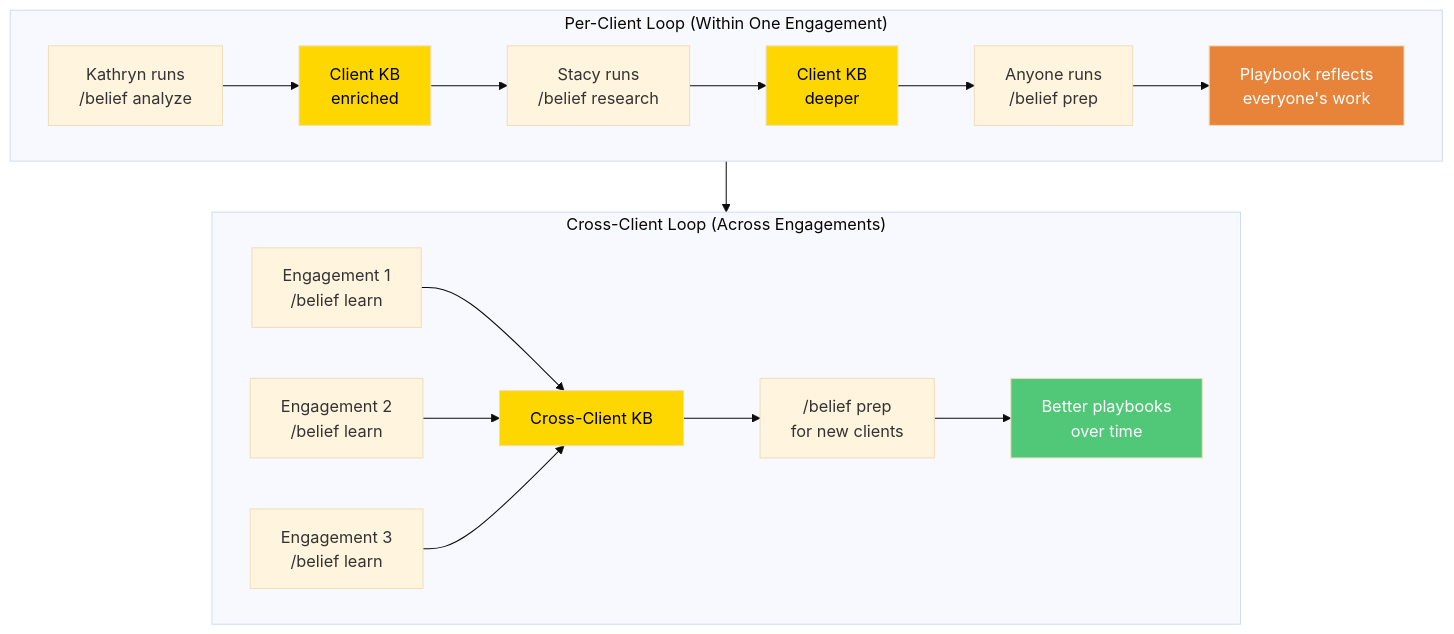
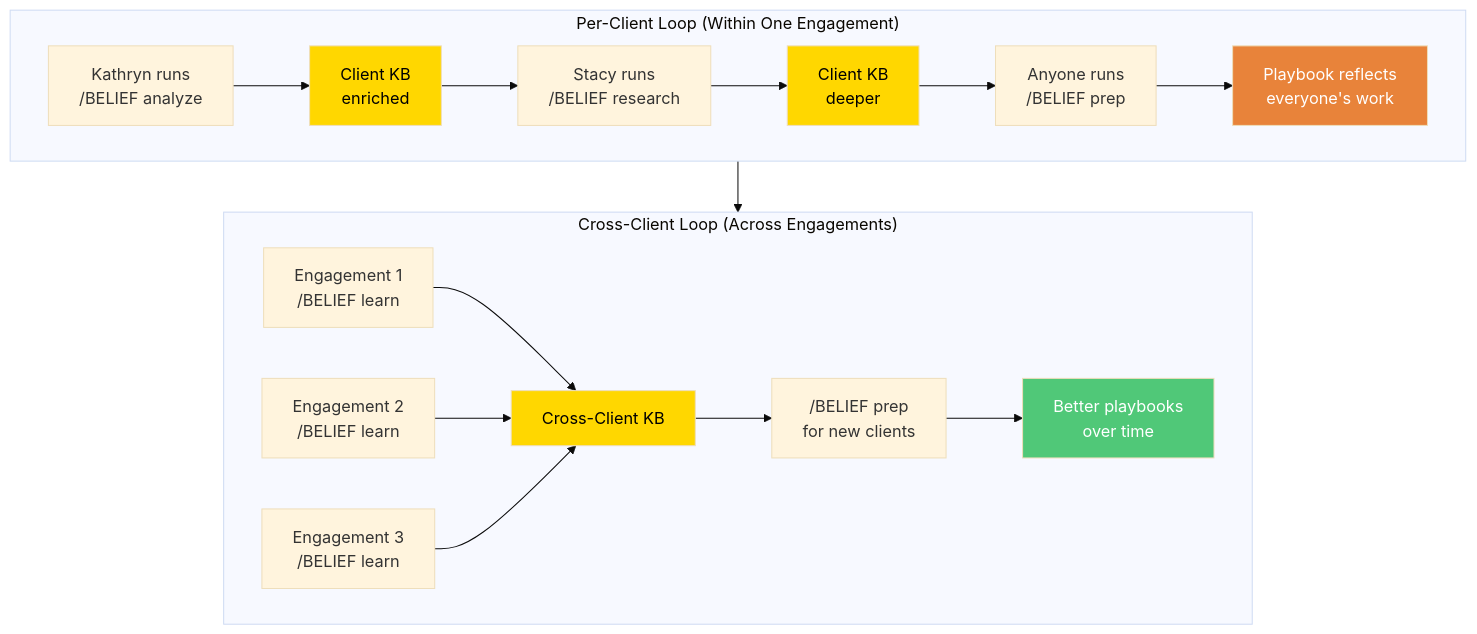
One commit to TheMikeFactoryMustGrow/belief-plugin changed the third of 4 diagrams in docs/BELIEF-FLOW.md. Above: the diagram before and after it, drawn with Mermaid (base theme). The commit also changed other lines of this file and 15 other files, not shown here.

````diff
--- a/docs/BELIEF-FLOW.md
+++ b/docs/BELIEF-FLOW.md
@@ -108,28 +108,28 @@
 ```mermaid
 flowchart TB
     subgraph LOOP1["Per-Client Loop (Within One Engagement)"]
         direction LR
-        kathryn["Kathryn runs\n/belief analyze"] --> kb1["Client KB\nenriched"]
-        kb1 --> stacy["Stacy runs\n/belief research"]
+        kathryn["Kathryn runs\n/BELIEF analyze"] --> kb1["Client KB\nenriched"]
+        kb1 --> stacy["Stacy runs\n/BELIEF research"]
         stacy --> kb2["Client KB\ndeeper"]
-        kb2 --> prep1["Anyone runs\n/belief prep"]
+        kb2 --> prep1["Anyone runs\n/BELIEF prep"]
         prep1 --> playbook["Playbook reflects\neveryone's work"]
     end
 
     subgraph LOOP2["Cross-Client Loop (Across Engagements)"]
         direction LR
-        eng1["Engagement 1\n/belief learn"] --> xkb["Cross-Client KB"]
-        eng2["Engagement 2\n/belief learn"] --> xkb
-        eng3["Engagement 3\n/belief learn"] --> xkb
-        xkb --> future["/belief prep\nfor new clients"]
+        eng1["Engagement 1\n/BELIEF learn"] --> xkb["Cross-Client KB"]
+        eng2["Engagement 2\n/BELIEF learn"] --> xkb
+        eng3["Engagement 3\n/BELIEF learn"] --> xkb
+        xkb --> future["/BELIEF prep\nfor new clients"]
         future --> better["Better playbooks\nover time"]
     end
 
     LOOP1 --> LOOP2
 
     style kb1 fill:#FFD700,color:#000
     style kb2 fill:#FFD700,color:#000
     style xkb fill:#FFD700,color:#000
     style playbook fill:#E8833A,color:#fff
     style better fill:#50C878,color:#fff
 ```
````
